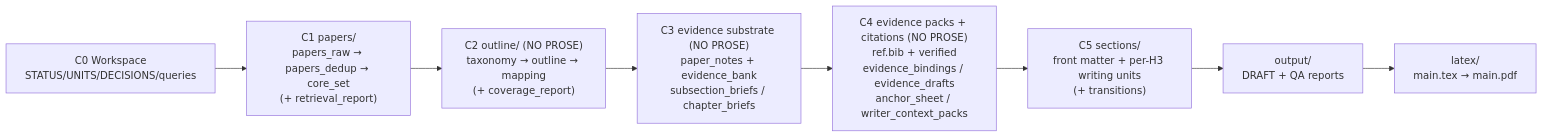
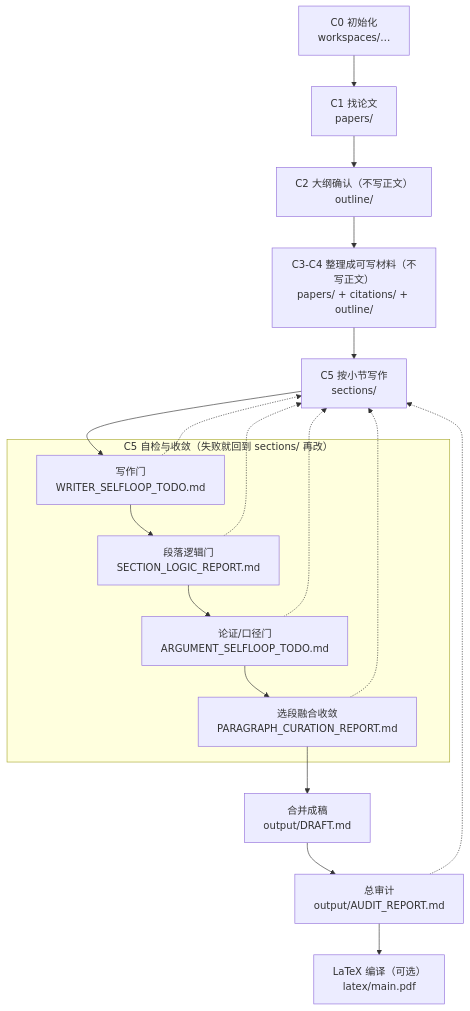
The diagram in README.md (WILLOSCAR/research-units-pipeline), drawn with Mermaid before and after one commit. The commit also changed other lines of this file and 1 other file, not shown here.

````diff
--- a/README.md
+++ b/README.md
@@ -180,10 +181,25 @@
 ```mermaid
-flowchart LR
-  C0["C0 Workspace<br/>STATUS/UNITS/DECISIONS/queries"] --> C1["C1 papers/<br/>papers_raw → papers_dedup → core_set<br/>(+ retrieval_report)"]
-  C1 --> C2["C2 outline/ (NO PROSE)<br/>taxonomy → outline → mapping<br/>(+ coverage_report)"]
-  C2 --> C3["C3 evidence substrate (NO PROSE)<br/>paper_notes + evidence_bank<br/>subsection_briefs / chapter_briefs"]
-  C3 --> C4["C4 evidence packs + citations (NO PROSE)<br/>ref.bib + verified<br/>evidence_bindings / evidence_drafts<br/>anchor_sheet / writer_context_packs"]
-  C4 --> C5["C5 sections/<br/>front matter + per-H3 writing units<br/>(+ transitions)"]
-  C5 --> OUT["output/<br/>DRAFT + QA reports"]
-  OUT --> TEX["latex/<br/>main.tex → main.pdf"]
+flowchart TD
+  WS["C0 初始化<br/>workspaces/…"] --> P["C1 找论文<br/>papers/"]
+  P --> O["C2 大纲确认（不写正文）<br/>outline/"]
+  O --> E["C3-C4 整理成可写材料（不写正文）<br/>papers/ + citations/ + outline/"]
+
+  E --> S["C5 按小节写作<br/>sections/"]
+
+  subgraph LOOP["C5 自检与收敛（失败就回到 sections/ 再改）"]
+    G1["写作门<br/>WRITER_SELFLOOP_TODO.md"]
+    G2["段落逻辑门<br/>SECTION_LOGIC_REPORT.md"]
+    G3["论证/口径门<br/>ARGUMENT_SELFLOOP_TODO.md"]
+    G4["选段融合收敛<br/>PARAGRAPH_CURATION_REPORT.md"]
+  end
+
+  S --> G1 --> G2 --> G3 --> G4 --> D["合并成稿<br/>output/DRAFT.md"]
+  G1 -.-> S
+  G2 -.-> S
+  G3 -.-> S
+  G4 -.-> S
+
+  D --> A["总审计<br/>output/AUDIT_REPORT.md"]
+  A -.-> S
+  A --> TEX["LaTeX 编译（可选）<br/>latex/main.pdf"]
 ```
````
